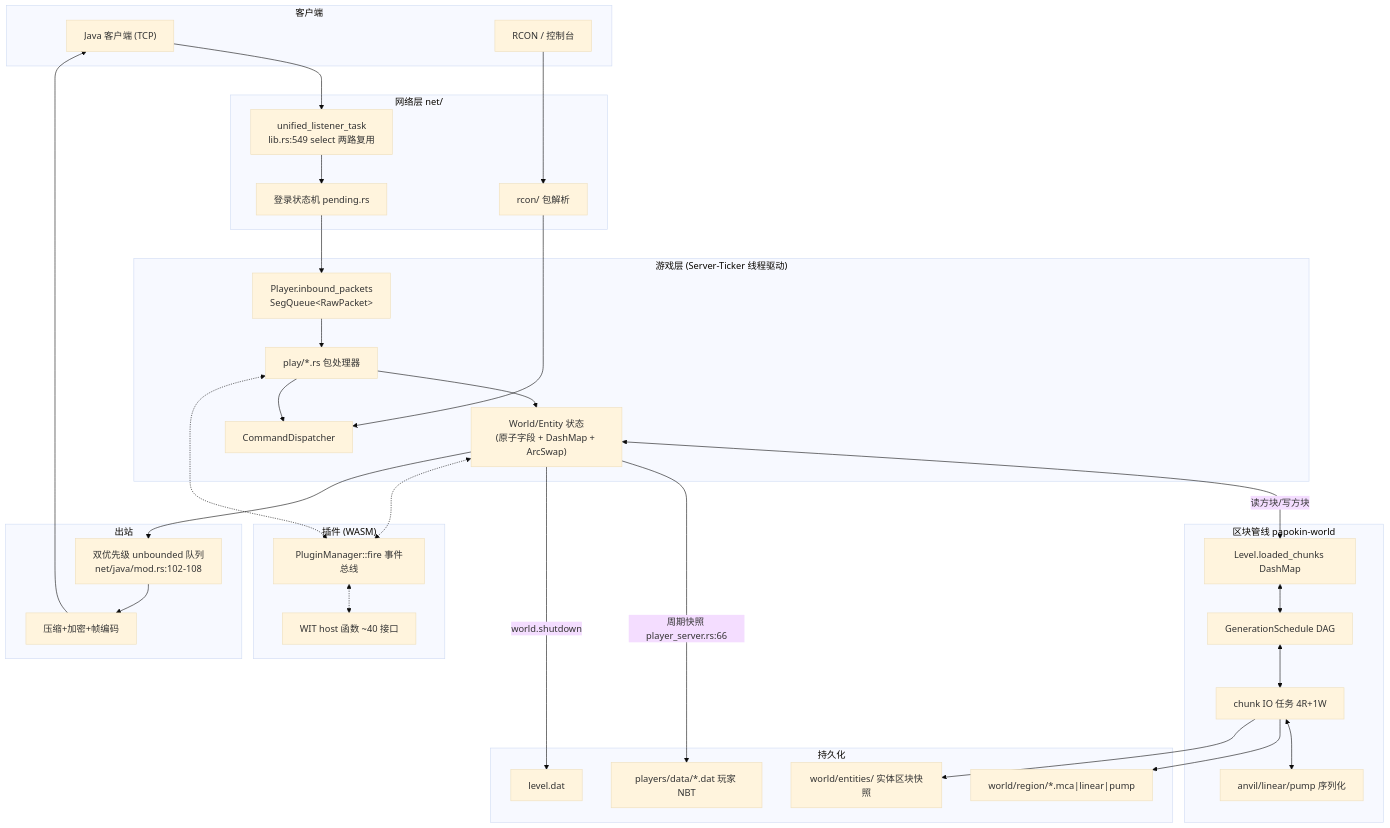
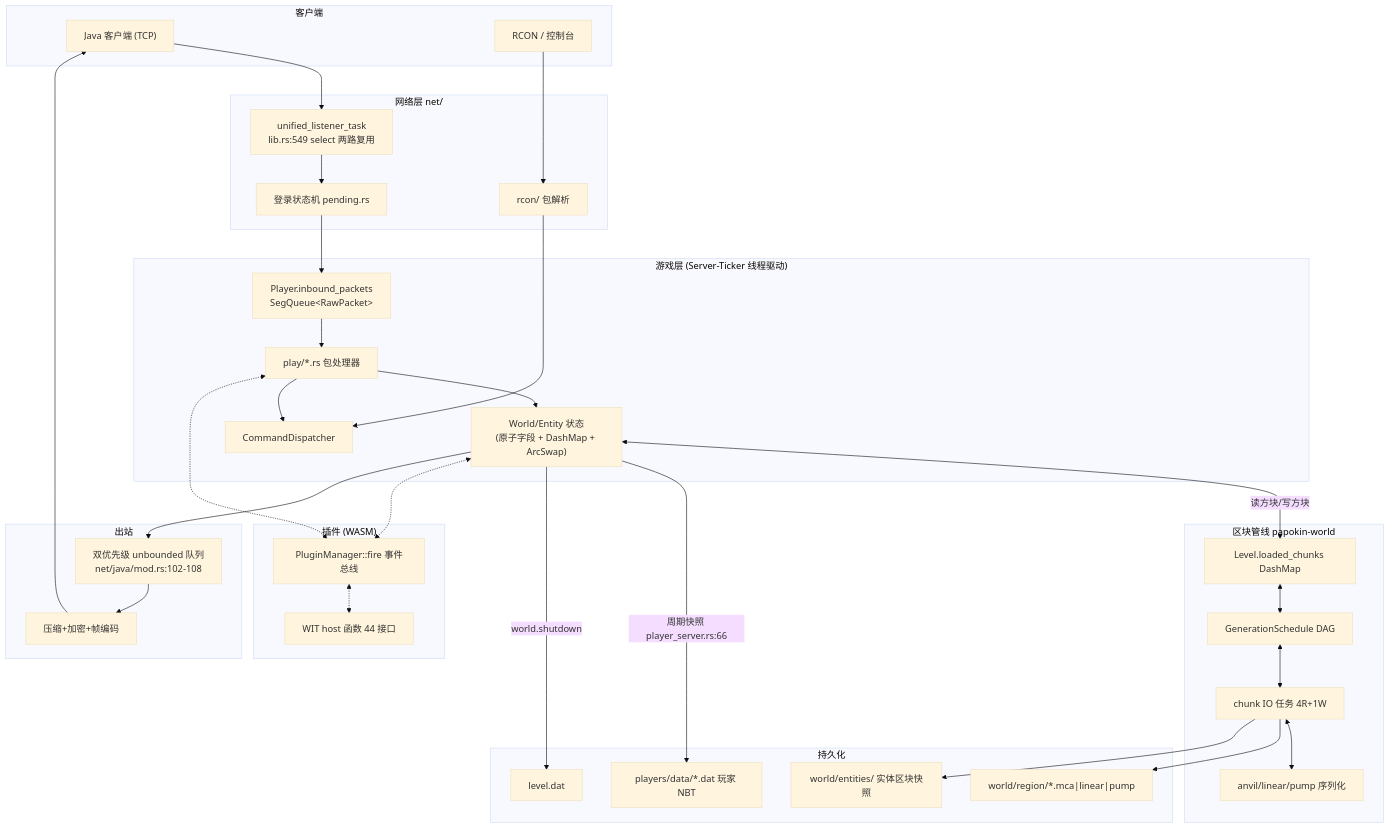
One commit to Quotidietium/Papokin changed the first of 6 diagrams in note/05-数据流.md. Above: the diagram before and after it, drawn with Mermaid (base theme). The commit also changed other lines of this file and 1 other file, not shown here.

````diff
--- a/note/05-数据流.md
+++ b/note/05-数据流.md
@@ -7,50 +7,50 @@
 ```mermaid
 flowchart TB
     subgraph CLIENTS["客户端"]
         JC["Java 客户端 (TCP)"]
         RCONC["RCON / 控制台"]
     end
     subgraph NET["网络层 net/"]
         ACC["unified_listener_task<br/>lib.rs:549 select 两路复用"]
         LOGIN["登录状态机 pending.rs"]
         JC --> ACC --> LOGIN
         RCONC --> RCON["rcon/ 包解析"]
     end
     subgraph GAME["游戏层 (Server-Ticker 线程驱动)"]
         PKTQ["Player.inbound_packets<br/>SegQueue&lt;RawPacket&gt;"]
         HANDLERS["play/*.rs 包处理器"]
         WORLDST["World/Entity 状态<br/>(原子字段 + DashMap + ArcSwap)"]
         CMDD["CommandDispatcher"]
         LOGIN --> PKTQ --> HANDLERS --> WORLDST
         HANDLERS --> CMDD
         RCON --> CMDD
     end
     subgraph CHUNK["区块管线 papokin-world"]
         LVL["Level.loaded_chunks DashMap"]
         DAG["GenerationSchedule DAG"]
         IO["chunk IO 任务 4R+1W"]
         FMT["anvil/linear/pump 序列化"]
         LVL <--> DAG <--> IO <--> FMT
         WORLDST <-->|"读方块/写方块"| LVL
     end
     subgraph PERSIST["持久化"]
         REG["world/region/*.mca|linear|pump"]
         ENT["world/entities/ 实体区块快照"]
         PDAT["players/data/*.dat 玩家 NBT"]
         LVLDAT["level.dat"]
         IO --> REG & ENT
         WORLDST -->|"周期快照 player_server.rs:66"| PDAT
         WORLDST -->|"world.shutdown"| LVLDAT
     end
     subgraph PLUG["插件 (WASM)"]
         EVT["PluginManager::fire 事件总线"]
-        WHOST["WIT host 函数 ~40 接口"]
+        WHOST["WIT host 函数 44 接口"]
         HANDLERS <-.-> EVT <-.-> WHOST
     end
     WORLDST <-.-> EVT
     subgraph OUT["出站"]
         OUTQ["双优先级 unbounded 队列<br/>net/java/mod.rs:102-108"]
         ENC["压缩+加密+帧编码"]
         WORLDST --> OUTQ --> ENC --> JC
     end
 ```
````
